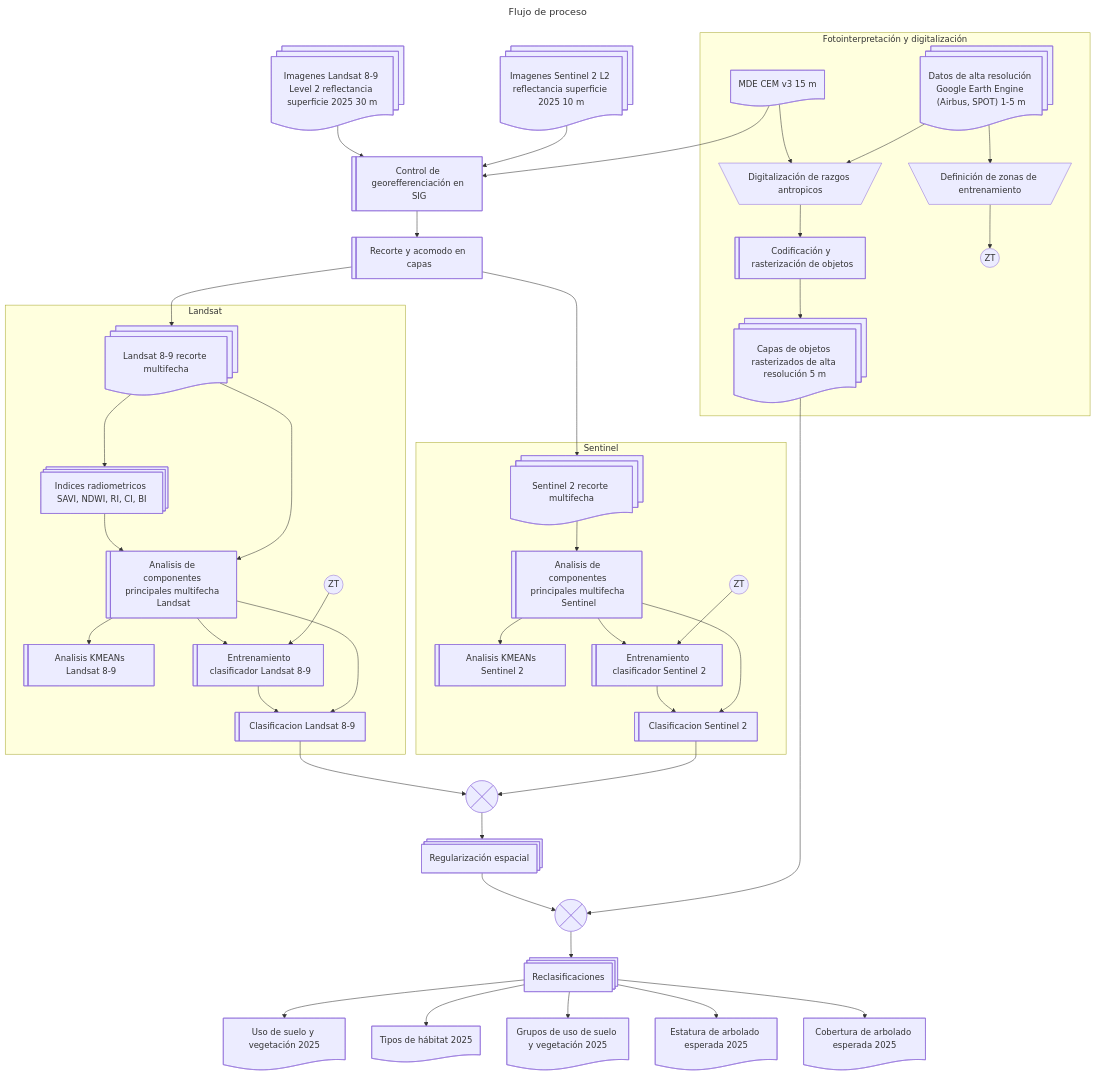
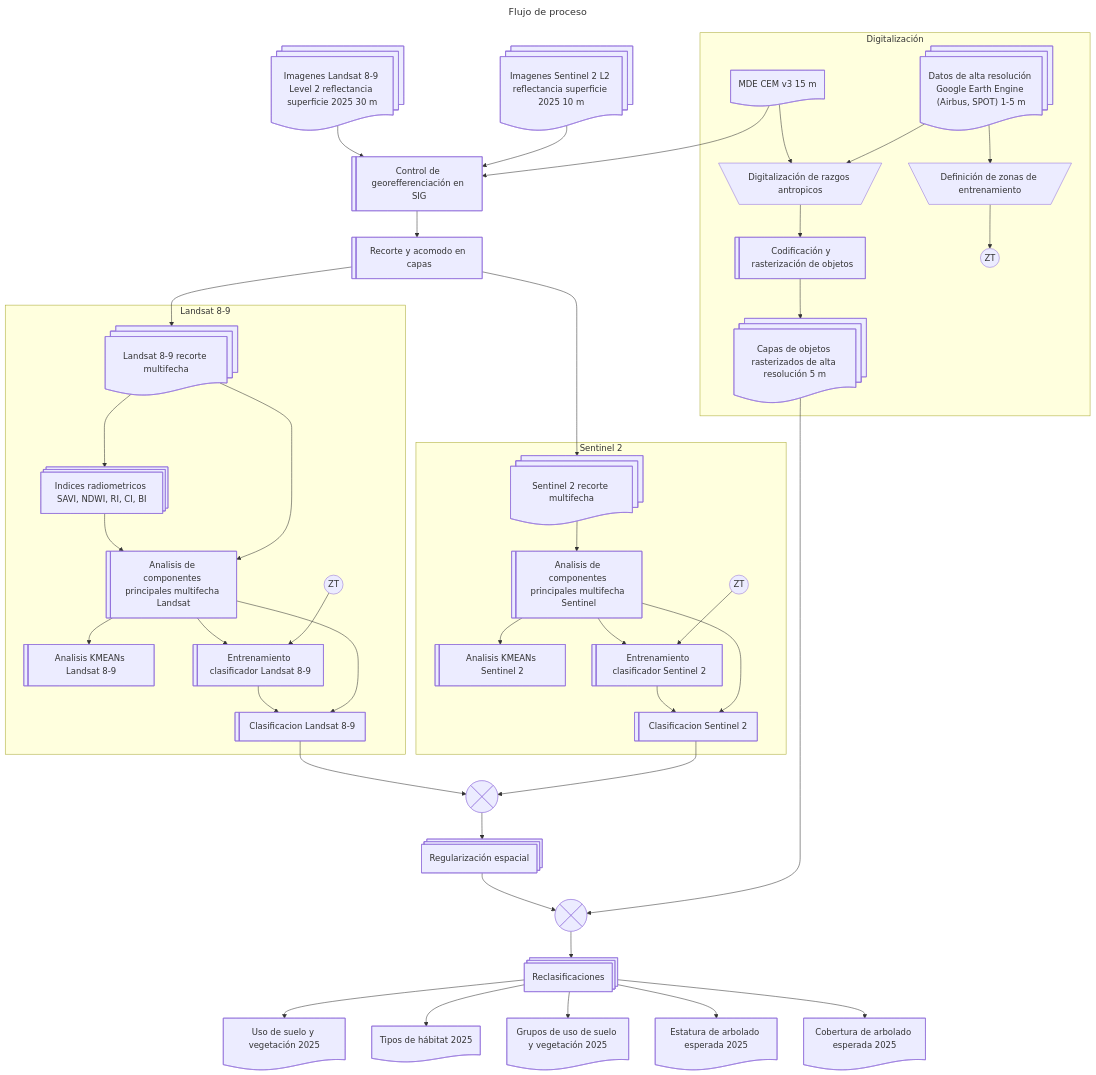
Before and after one commit to vshalisko/mixed_GIS_related_scripts: the diagram in LULC/Tapalpa_flujo_de_proceso.mermaid, drawn with Mermaid.

```diff
--- a/LULC/Tapalpa_flujo_de_proceso.mermaid
+++ b/LULC/Tapalpa_flujo_de_proceso.mermaid
@@ -1,86 +1,87 @@
 ---
 title: Flujo de proceso
 ---
 flowchart TD
     L8@{ shape: docs, label: "Imagenes Landsat 8-9 Level 2 reflectancia superficie 2025 30 m"}
     S2@{ shape: docs, label: "Imagenes Sentinel 2 L2 reflectancia superficie 2025 10 m"}
     HR@{ shape: docs, label: "Datos de alta resolución Google Earth Engine (Airbus, SPOT) 1-5 m"}
     MDE@{ shape: doc, label: "MDE CEM v3 15 m"}
     SIG@{ shape: lin-rect, label: "Control de georefferenciación en SIG"}
     CLIP@{ shape: lin-rect, label: "Recorte y acomodo en capas"}
     SAVI@{ shape: procs, label: "Indices radiometricos SAVI, NDWI, RI, CI, BI"}
     PCA1@{ shape: lin-rect, label: "Analisis de componentes principales multifecha Landsat"}
     PCA2@{ shape: lin-rect, label: "Analisis de componentes principales multifecha Sentinel"}
     L8C@{ shape: docs, label: "Landsat 8-9 recorte multifecha"}
     S2C@{ shape: docs, label: "Sentinel 2 recorte multifecha"}
     DIG@{ shape: trap-t, label: "Digitalización de razgos antropicos"}
     DIGR@{ shape: lin-rect, label: "Codificación y rasterización de objetos"}
     HRR@{ shape: docs, label: "Capas de objetos rasterizados de alta resolución 5 m"}
     TZ@{ shape: trap-t, label: "Definición de zonas de entrenamiento"}
     ZT1@{ shape: circle, label: "ZT" }
     ZT2@{ shape: circle, label: "ZT" }
     ZT3@{ shape: circle, label: "ZT" }
     KMEAN1@{ shape: lin-rect, label: "Analisis KMEANs Landsat 8-9"}
     KMEAN2@{ shape: lin-rect, label: "Analisis KMEANs Sentinel 2"}
     TRAIN1@{ shape: lin-rect, label: "Entrenamiento clasificador Landsat 8-9"}
     TRAIN2@{ shape: lin-rect, label: "Entrenamiento clasificador Sentinel 2"}
     CLASS1@{ shape: lin-rect, label: "Clasificacion Landsat 8-9"}
     CLASS2@{ shape: lin-rect, label: "Clasificacion Sentinel 2"}
     REG@{ shape: procs, label: "Regularización espacial"}
     FUS1@{ shape: cross-circ, label: "Fusión de clasificaicones" }
     FUS2@{ shape: cross-circ, label: "Fusión con objetos rasterizados" }
     RECLASS@{ shape: procs, label: "Reclasificaciones"}
     LULC@{ shape: doc, label: "Uso de suelo y vegetación 2025"}
     LULCG@{ shape: doc, label: "Grupos de uso de suelo y vegetación 2025"}
     LULCH@{ shape: doc, label: "Tipos de hábitat 2025"}
     LULCA@{ shape: doc, label: "Estatura de arbolado esperada 2025"}
     LULCC@{ shape: doc, label: "Cobertura de arbolado esperada 2025"}
 
     L8-->SIG
     S2-->SIG
     MDE-->SIG
     SIG-->CLIP
     CLIP-->L8C
     CLIP-->S2C
 
-    subgraph s3["Fotointerpretación y digitalización"]
+    subgraph s0["Digitalización"]
         HR-->TZ
         TZ-->ZT1
         MDE-->DIG
         HR-->DIG
         DIG-->DIGR
         DIGR-->HRR
     end
 
-    subgraph s1["Landsat"]
+    subgraph s1["Landsat 8-9"]
         L8C-->SAVI
         SAVI-->PCA1
         L8C-->PCA1
         PCA1-->KMEAN1
         PCA1-->TRAIN1
         ZT2-->TRAIN1
         TRAIN1-->CLASS1
         PCA1-->CLASS1
     end
-    subgraph s2["Sentinel"]
+
+    subgraph s2["Sentinel 2"]
         S2C-->PCA2
         PCA2-->KMEAN2
         PCA2-->TRAIN2
         ZT3-->TRAIN2
         TRAIN2-->CLASS2
         PCA2-->CLASS2
     end
 
     CLASS1-->FUS1
     CLASS2-->FUS1
 
     FUS1-->REG
     REG-->FUS2
     HRR-->FUS2
 
     FUS2-->RECLASS
     RECLASS-->LULC
     RECLASS-->LULCH
     RECLASS-->LULCG
     RECLASS-->LULCA
     RECLASS-->LULCC
```
